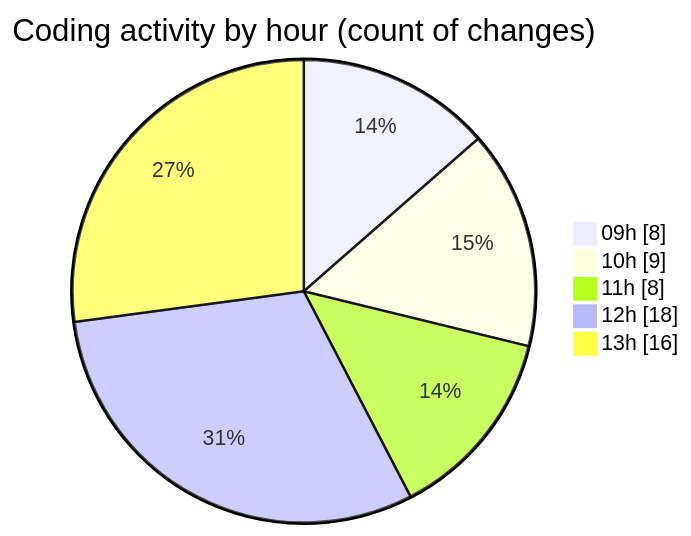
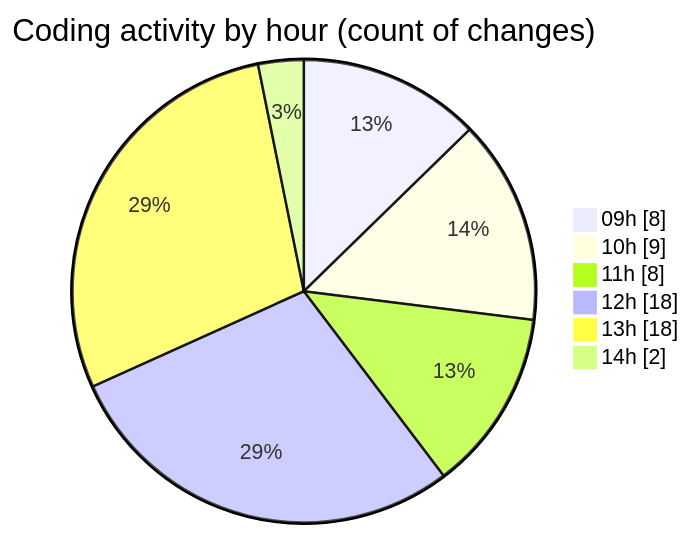
The second of 2 diagrams in 2025-02-25/cda/README.md (momahboobian/code-tracking), drawn with Mermaid before and after one commit. The commit also changed other lines of this file and 1 other file, not shown here.

````diff
--- a/2025-02-25/cda/README.md
+++ b/2025-02-25/cda/README.md
@@ -42,9 +42,10 @@
 ```mermaid
 pie showData
 title Coding activity by hour (count of changes)
 "09h" : 8
 "10h" : 9
 "11h" : 8
 "12h" : 18
-"13h" : 16
+"13h" : 18
+"14h" : 2
 ```
````
